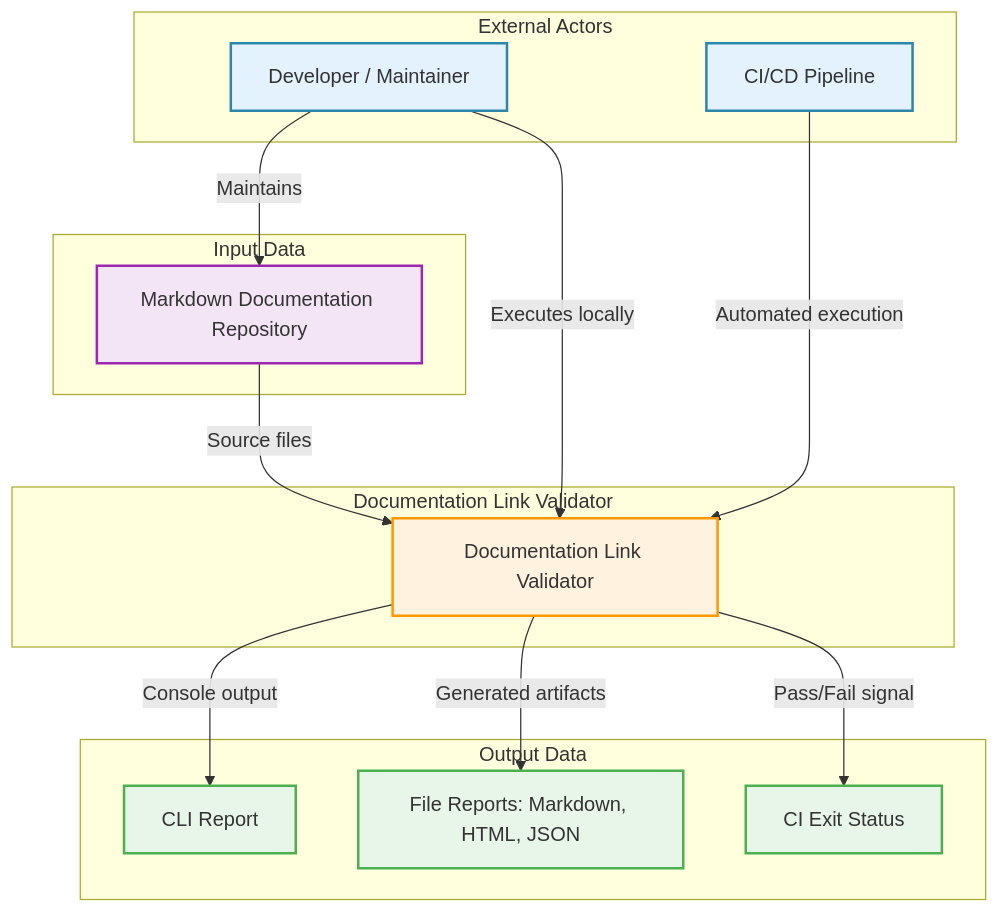
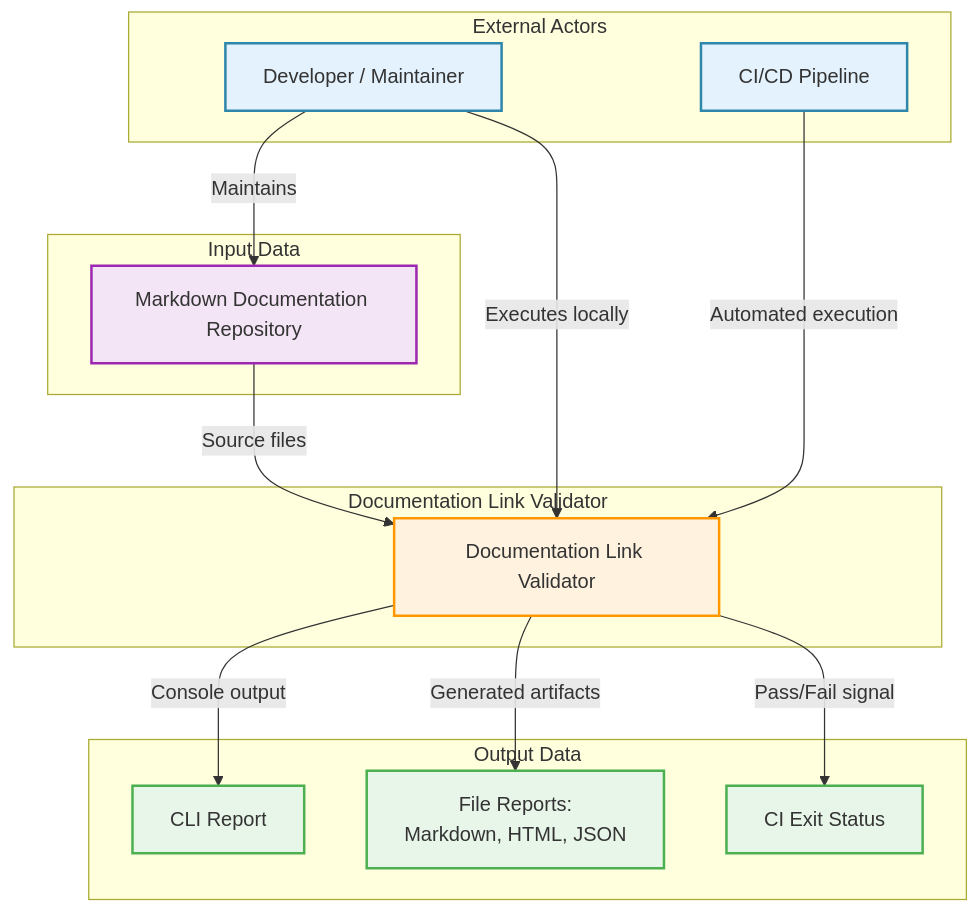
One commit to Nokhrin/docs-validator changed the first of 2 diagrams in docs/architecture.md. Above: the diagram before and after it, drawn with Mermaid. The commit also changed other lines of this file and 51 other files, not shown here.

````diff
--- a/docs/architecture.md
+++ b/docs/architecture.md
@@ -5,39 +5,39 @@
 ```mermaid
 flowchart TD
-    subgraph External Actors
-        User[Developer / Maintainer]
-        CI[CI/CD Pipeline]
+    subgraph external["External Actors"]
+        User["Developer / Maintainer"]
+        CI["CI/CD Pipeline"]
     end
 
-    subgraph Documentation Link Validator
-        Validator[Documentation Link Validator]
+    subgraph validator_system["Documentation Link Validator"]
+        Validator["Documentation Link Validator"]
     end
 
-    subgraph Input Data
-        MarkdownRepo[Markdown Documentation Repository]
+    subgraph input_data["Input Data"]
+        MarkdownRepo["Markdown Documentation Repository"]
     end
 
-    subgraph Output Data
-        CLIReport[CLI Report]
-        FileReports[File Reports: Markdown, HTML, JSON]
-        CIStatus[CI Exit Status]
+    subgraph output_data["Output Data"]
+        CLIReport["CLI Report"]
+        FileReports["File Reports:<br/>Markdown, HTML, JSON"]
+        CIStatus["CI Exit Status"]
     end
 
     User -->|Maintains| MarkdownRepo
     User -->|Executes locally| Validator
     CI -->|Automated execution| Validator
     MarkdownRepo -->|Source files| Validator
     Validator -->|Console output| CLIReport
     Validator -->|Generated artifacts| FileReports
     Validator -->|Pass/Fail signal| CIStatus
 
     classDef actor fill:#E3F2FD,stroke:#2E86AB,stroke-width:2px,color:#333
     classDef system fill:#FFF3E0,stroke:#FF9800,stroke-width:2px,color:#333
     classDef data fill:#F3E5F5,stroke:#9C27B0,stroke-width:2px,color:#333
     classDef output fill:#E8F5E9,stroke:#4CAF50,stroke-width:2px,color:#333
 
     class User,CI actor
     class Validator system
     class MarkdownRepo data
     class CLIReport,FileReports,CIStatus output
 ```
````
